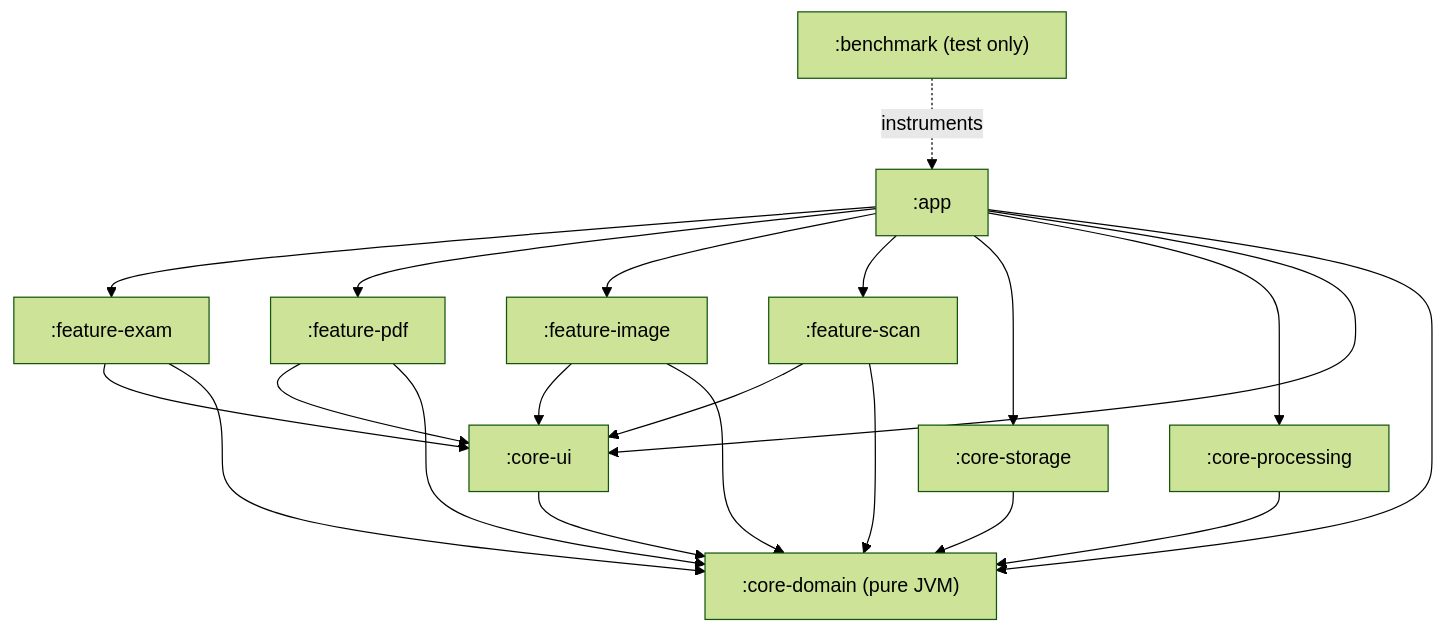
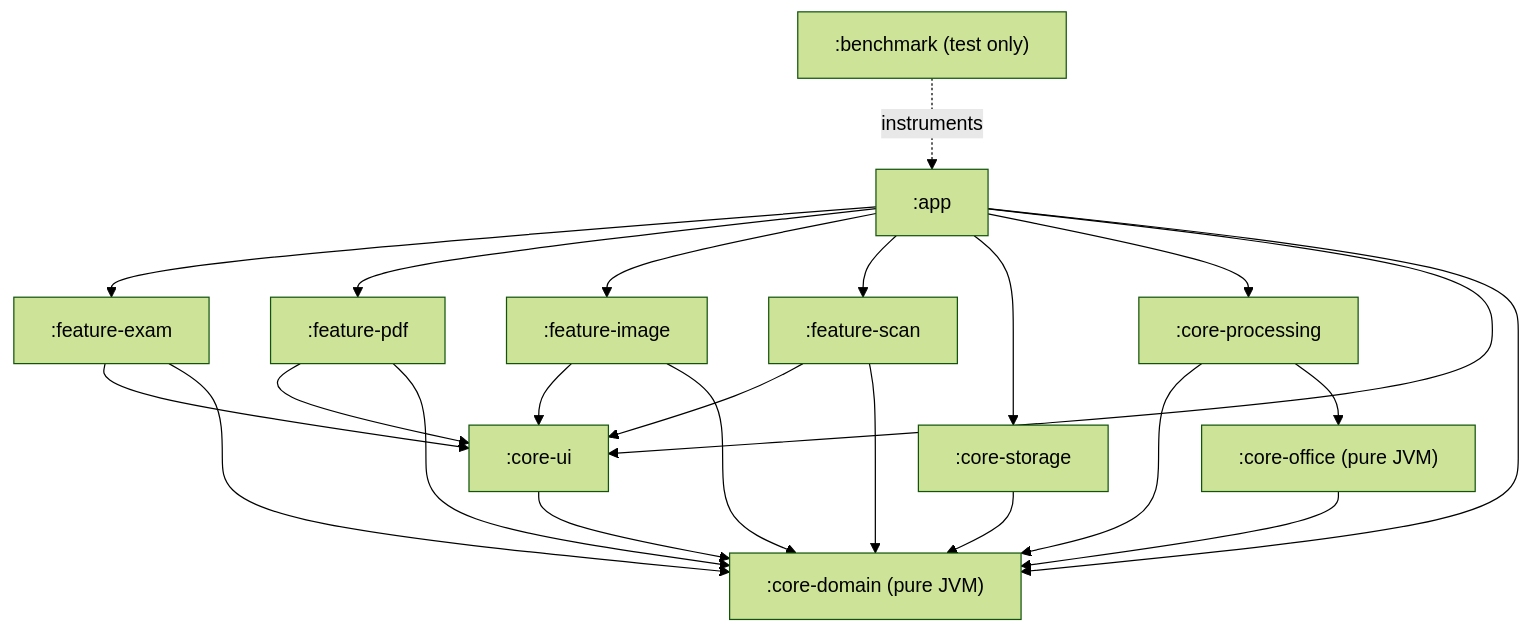
Before and after one commit to letsdeepchat/MrFileFixit: the second of 3 diagrams in docs/ARCHITECTURE.md, drawn with Mermaid (forest theme). The commit also changed other lines of this file and 59 other files, not shown here.

````diff
--- a/docs/ARCHITECTURE.md
+++ b/docs/ARCHITECTURE.md
@@ -40,26 +40,28 @@
 ```mermaid
 flowchart TD
     app[":app"]
     bench[":benchmark (test only)"]
     fexam[":feature-exam"]
     fpdf[":feature-pdf"]
     fimg[":feature-image"]
     fscan[":feature-scan"]
     cui[":core-ui"]
     cstore[":core-storage"]
     cproc[":core-processing"]
     cdom[":core-domain (pure JVM)"]
+    coff[":core-office (pure JVM)"]
 
     app --> fexam & fpdf & fimg & fscan
     app --> cstore & cproc & cui & cdom
     bench -. instruments .-> app
 
     fexam --> cui & cdom
     fpdf --> cui & cdom
     fimg --> cui & cdom
     fscan --> cui & cdom
 
     cui --> cdom
     cstore --> cdom
-    cproc --> cdom
+    cproc --> cdom & coff
+    coff --> cdom
 ```
````
